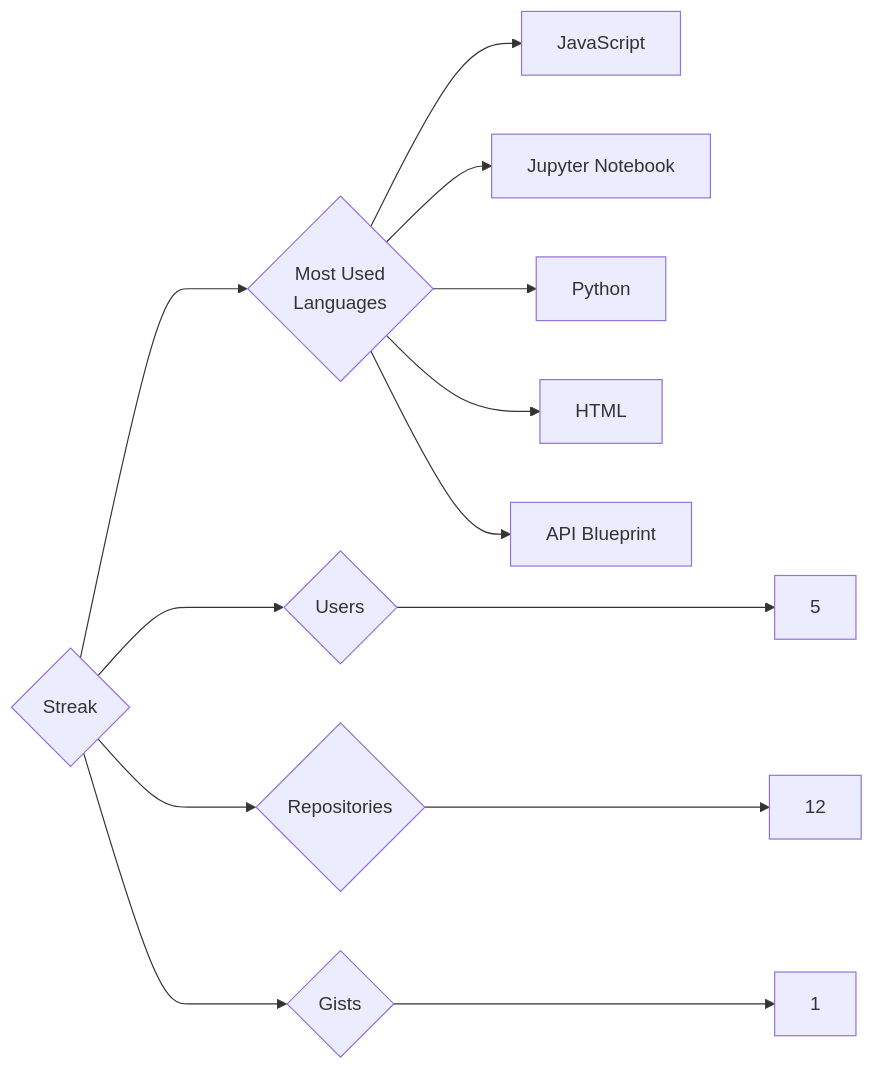
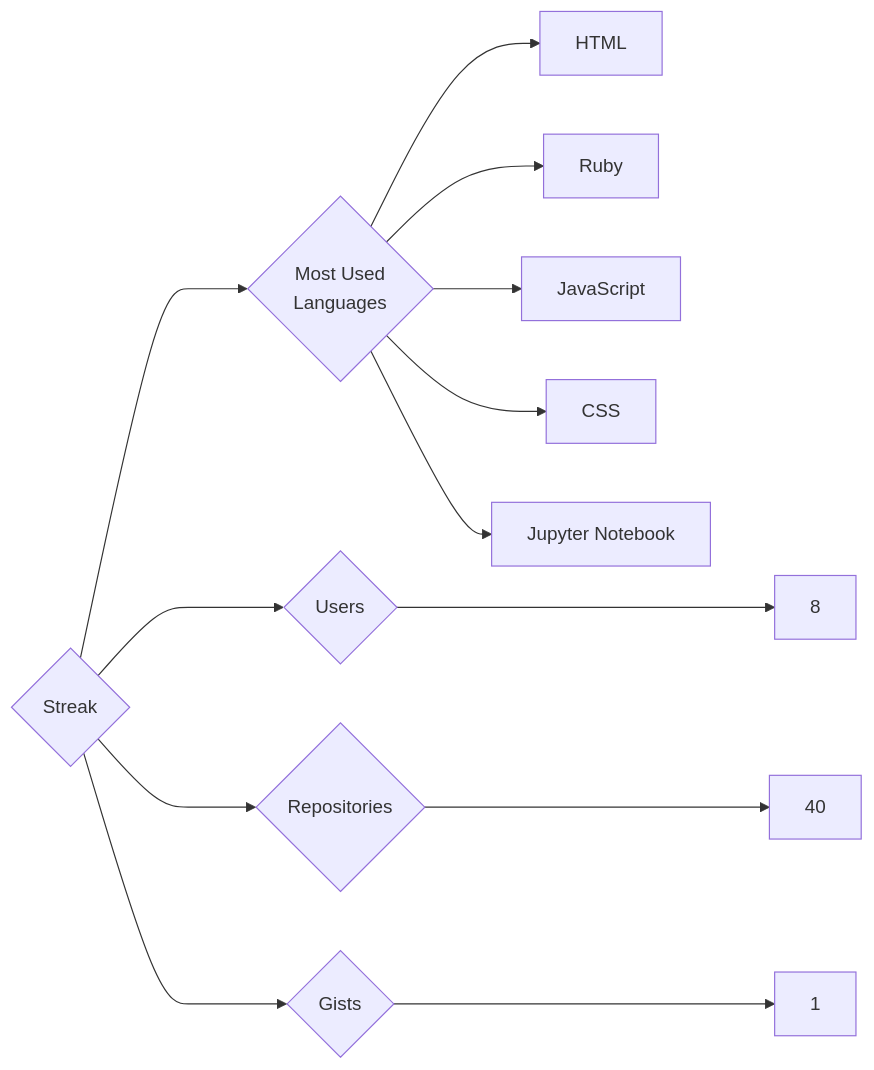
One commit to trickest/insiders changed the diagram in targets/Streak/README.md. Above: the diagram before and after it, drawn with Mermaid. The commit also changed 829 other files, not shown here.

````diff
--- a/targets/Streak/README.md
+++ b/targets/Streak/README.md
@@ -3,13 +3,13 @@
 ```mermaid
 graph LR
 COMPANY_NAME{Streak}
-COMPANY_NAME ---> U{Users} ---> UN[5]
-COMPANY_NAME ---> R{Repositories} ---> RN[12]
+COMPANY_NAME ---> U{Users} ---> UN[8]
+COMPANY_NAME ---> R{Repositories} ---> RN[40]
 COMPANY_NAME ---> G{Gists} ---> GN[1]
 COMPANY_NAME ---> ML{Most Used<br>Languages}
+ML --> HTML[HTML]
+ML --> Ruby[Ruby]
 ML --> JavaScript[JavaScript]
+ML --> CSS[CSS]
 ML --> Jupyter_Notebook[Jupyter Notebook]
-ML --> Python[Python]
-ML --> HTML[HTML]
-ML --> API_Blueprint[API Blueprint]
 ```
````
